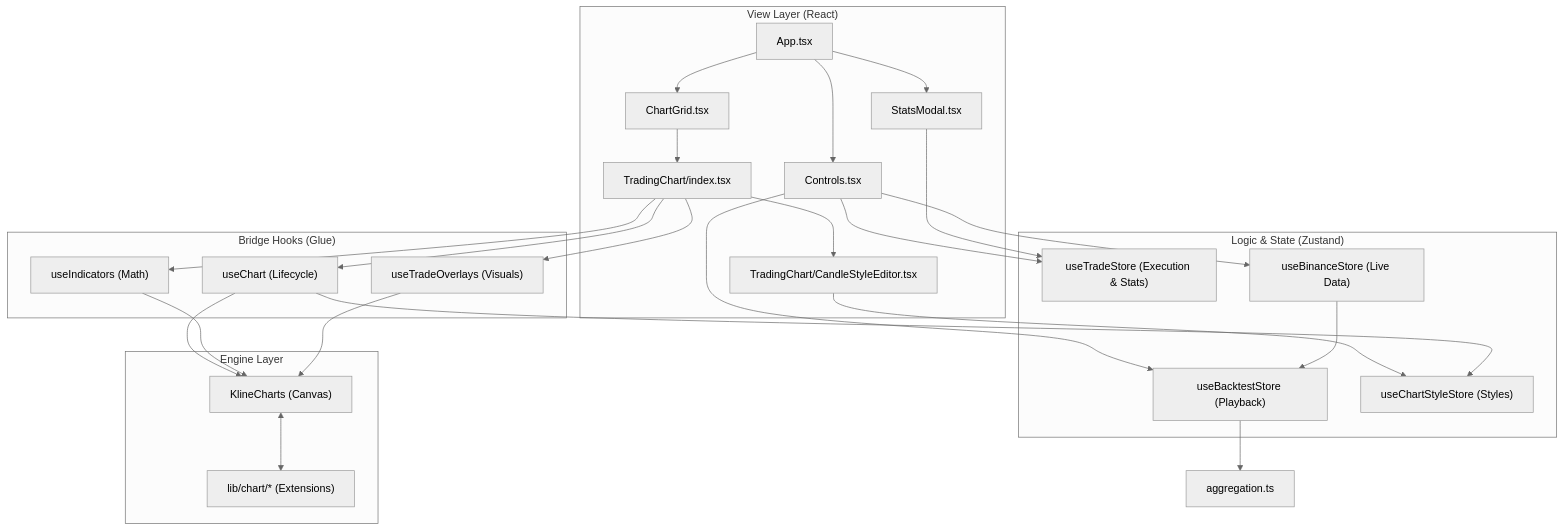
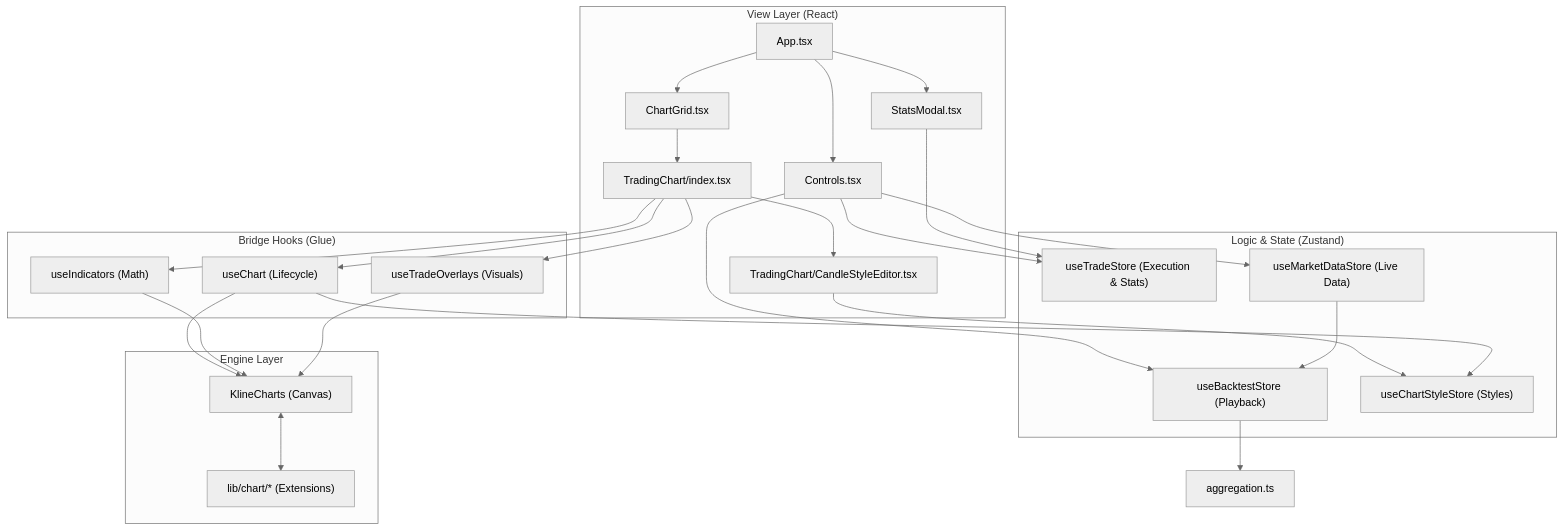
Before and after one commit to BinaryMasc/OpenBackTest: the diagram in CODEBASE.md, drawn with Mermaid (neutral theme). The commit also changed other lines of this file and 11 other files, not shown here.

````diff
--- a/CODEBASE.md
+++ b/CODEBASE.md
@@ -125,43 +132,43 @@
 ```mermaid
 graph TD
     %% Layers
     subgraph UI ["View Layer (React)"]
         App["App.tsx"]
         Controls["Controls.tsx"]
         ChartGrid["ChartGrid.tsx"]
         ChartUI["TradingChart/index.tsx"]
         CandleEditor["TradingChart/CandleStyleEditor.tsx"]
         Stats["StatsModal.tsx"]
     end
 
     subgraph Logic ["Logic & State (Zustand)"]
         BS["useBacktestStore (Playback)"]
         TS["useTradeStore (Execution & Stats)"]
         CSS["useChartStyleStore (Styles)"]
-        BNS["useBinanceStore (Live Data)"]
+        BNS["useMarketDataStore (Live Data)"]
     end
 
     subgraph Bridge ["Bridge Hooks (Glue)"]
         UC["useChart (Lifecycle)"]
         UIH["useIndicators (Math)"]
         UT["useTradeOverlays (Visuals)"]
     end
 
     subgraph Engine ["Engine Layer"]
         KC["KlineCharts (Canvas)"]
         Lib["lib/chart/* (Extensions)"]
     end
 
     %% Mapping
     App --> Controls & ChartGrid & Stats
     ChartGrid --> ChartUI
     Controls --> BS & TS & BNS
     BNS --> BS
     ChartUI --> UC & UIH & UT & CandleEditor
     CandleEditor --> CSS
     Stats --> TS
     UC & UIH & UT --> KC
     UC --> CSS
     KC <--> Lib
     BS --> Agg["aggregation.ts"]
 ```
````
